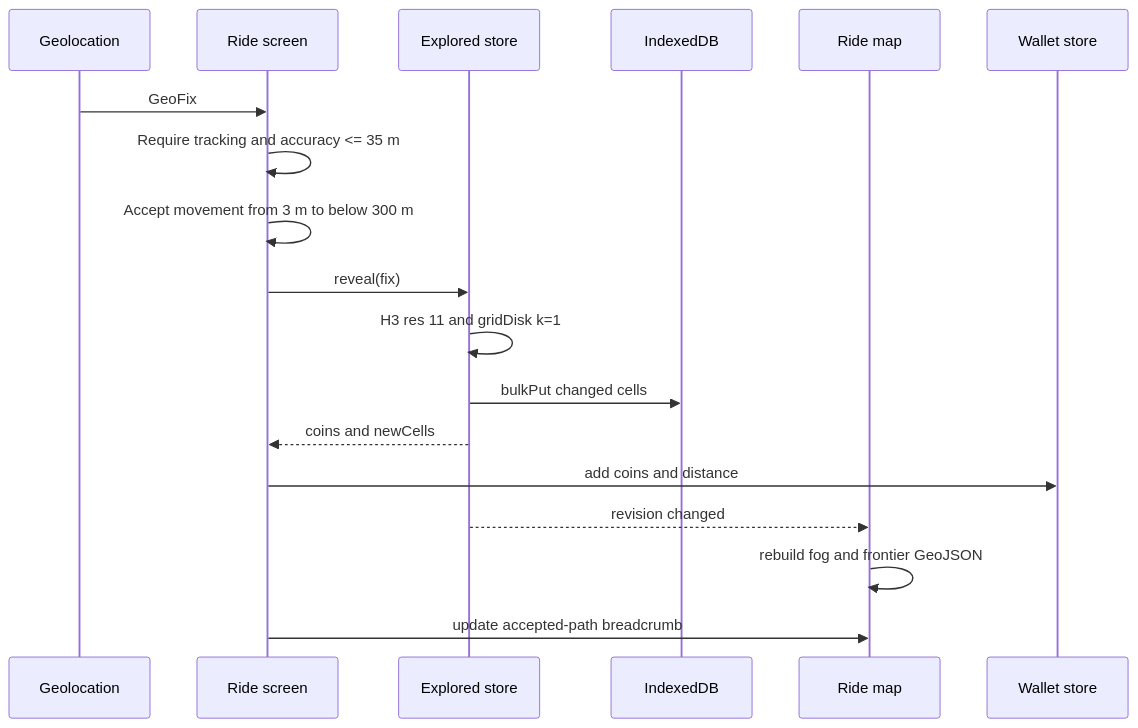
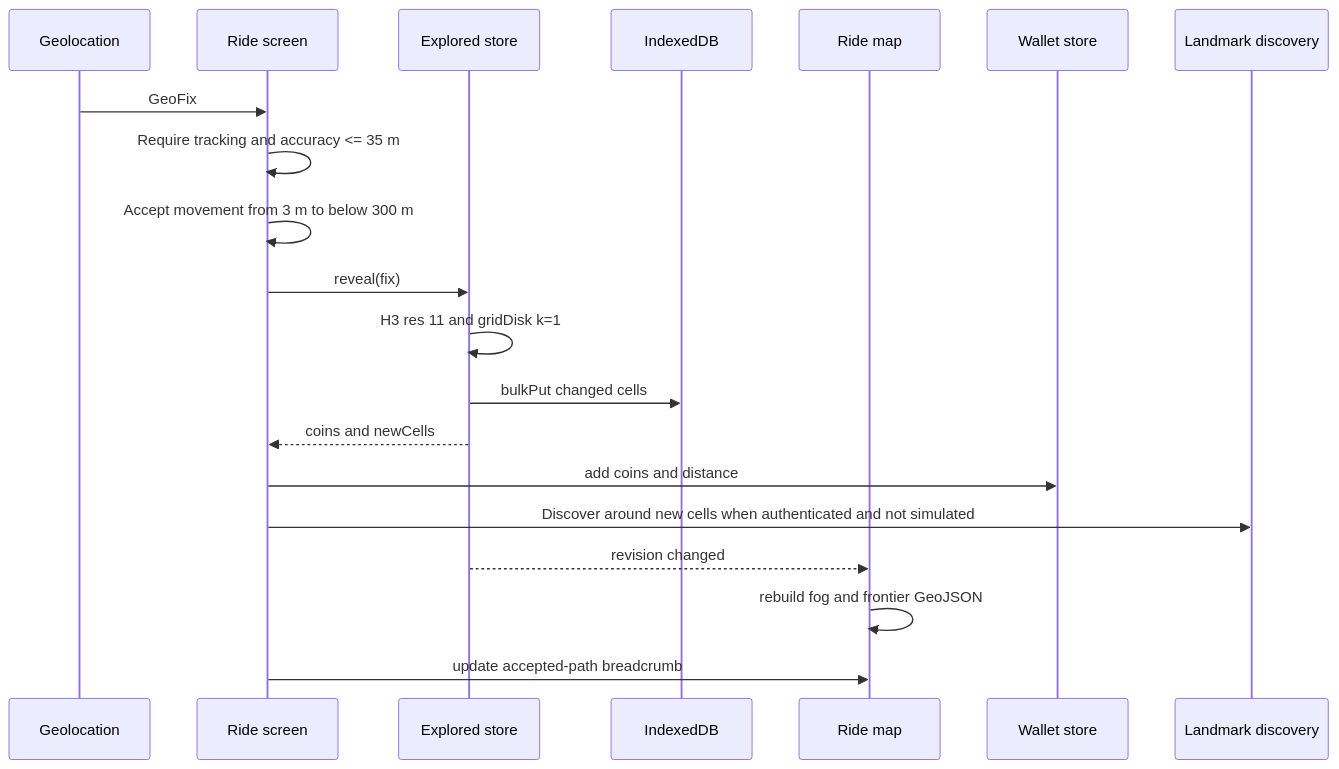
The diagram in Architecture/7-Runtime-View/7.2-Reveal-and-Reward.md (MadCowDevelopment/veloterra), drawn with Mermaid before and after one commit. The commit also changed other lines of this file and 8 other files, not shown here.

Commit message:
Tie landmark discovery to exploration

````diff
--- a/Architecture/7-Runtime-View/7.2-Reveal-and-Reward.md
+++ b/Architecture/7-Runtime-View/7.2-Reveal-and-Reward.md
@@ -9,21 +9,23 @@
 ```mermaid
 sequenceDiagram
     participant GPS as Geolocation
     participant Ride as Ride screen
     participant Explore as Explored store
     participant DB as IndexedDB
     participant Map as Ride map
     participant Wallet as Wallet store
+    participant Discovery as Landmark discovery
 
     GPS->>Ride: GeoFix
     Ride->>Ride: Require tracking and accuracy <= 35 m
     Ride->>Ride: Accept movement from 3 m to below 300 m
     Ride->>Explore: reveal(fix)
     Explore->>Explore: H3 res 11 and gridDisk k=1
     Explore->>DB: bulkPut changed cells
     Explore-->>Ride: coins and newCells
     Ride->>Wallet: add coins and distance
+    Ride->>Discovery: Discover around new cells when authenticated and not simulated
     Explore-->>Map: revision changed
     Map->>Map: rebuild fog and frontier GeoJSON
     Ride->>Map: update accepted-path breadcrumb
 ```
````
